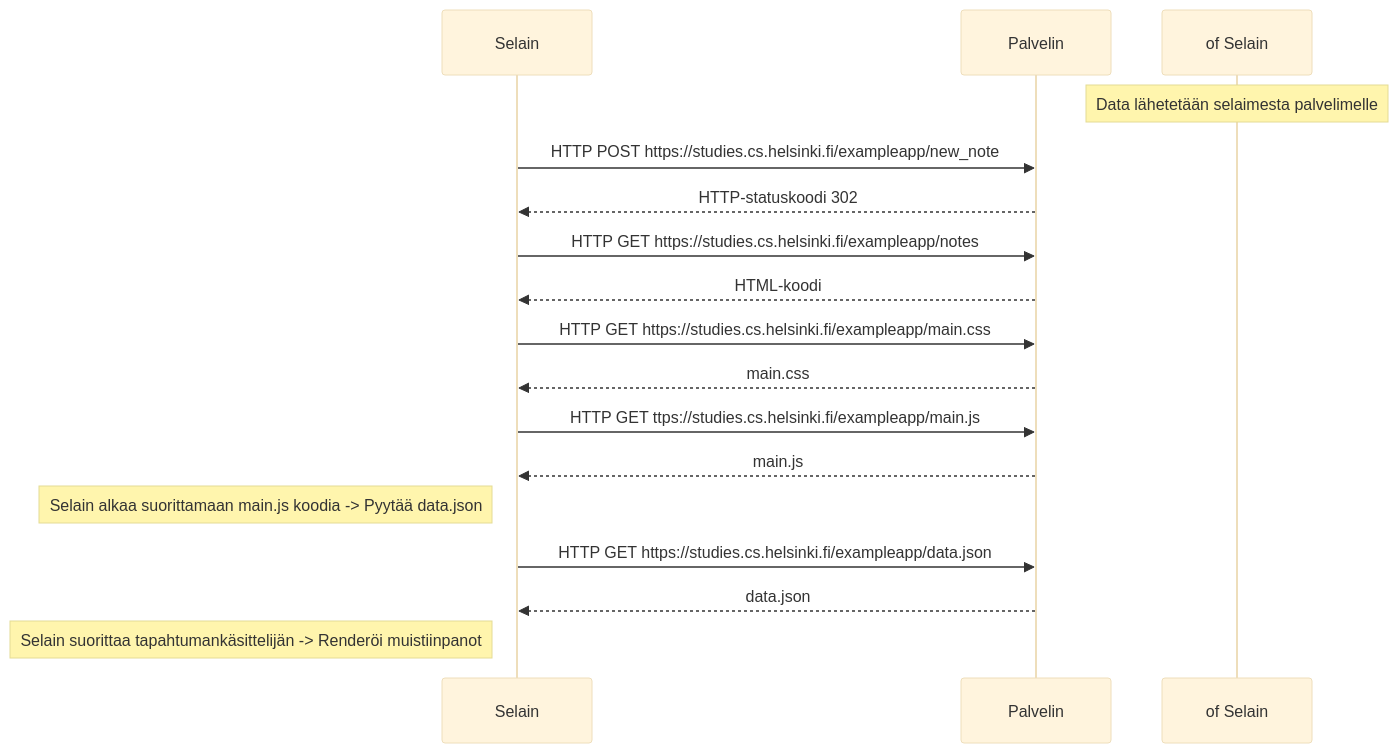
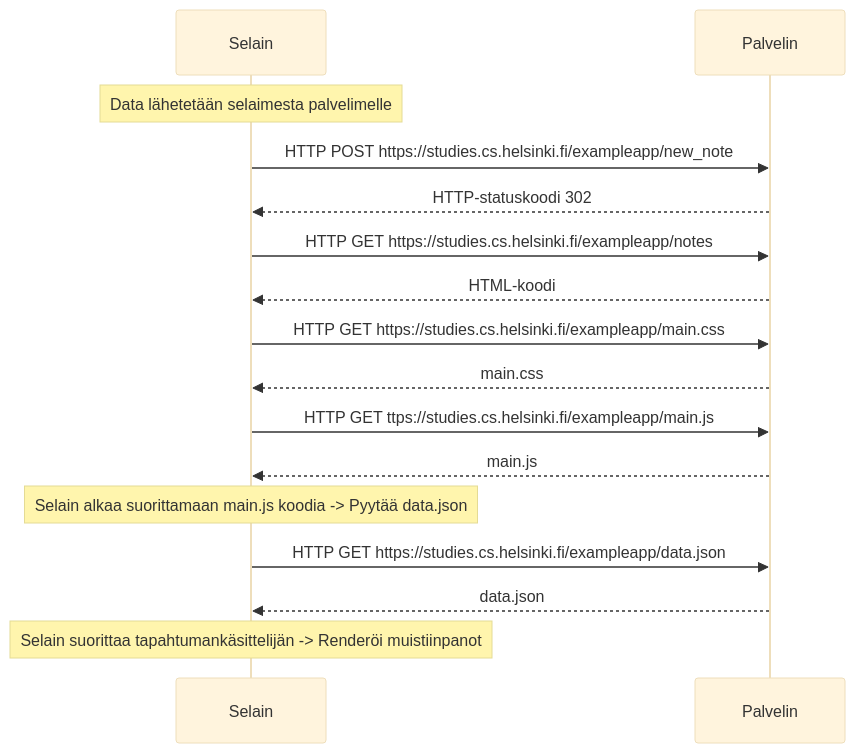
Before and after one commit to JuusoKil/osa0: the diagram in 04_uusi_muistiinpano.md, drawn with Mermaid (base theme).

````diff
--- a/04_uusi_muistiinpano.md
+++ b/04_uusi_muistiinpano.md
@@ -1,33 +1,33 @@
 ```mermaid
 
 sequenceDiagram
     participant Selain
     participant Palvelin
     
-Note over of Selain: Data lähetetään selaimesta palvelimelle
+Note over Selain: Data lähetetään selaimesta palvelimelle
 
 Selain->>Palvelin: HTTP POST https://studies.cs.helsinki.fi/exampleapp/new_note;
 
 Palvelin-->>Selain: HTTP-statuskoodi 302;
 
 Selain->>Palvelin: HTTP GET https://studies.cs.helsinki.fi/exampleapp/notes;
 
 Palvelin-->>Selain: HTML-koodi;
 
 Selain->>Palvelin: HTTP GET https://studies.cs.helsinki.fi/exampleapp/main.css;
 
 Palvelin-->>Selain: main.css;
 
 Selain->>Palvelin: HTTP GET ttps://studies.cs.helsinki.fi/exampleapp/main.js;
 
 Palvelin-->>Selain: main.js;
 
-Note left of Selain: Selain alkaa suorittamaan main.js koodia -> Pyytää data.json
+Note over Selain: Selain alkaa suorittamaan main.js koodia -> Pyytää data.json
 
 Selain->>Palvelin: HTTP GET https://studies.cs.helsinki.fi/exampleapp/data.json;
 
 Palvelin-->>Selain: data.json;
 
-Note left of Selain: Selain suorittaa tapahtumankäsittelijän -> Renderöi muistiinpanot
+Note over Selain: Selain suorittaa tapahtumankäsittelijän -> Renderöi muistiinpanot
 
 ```
````
